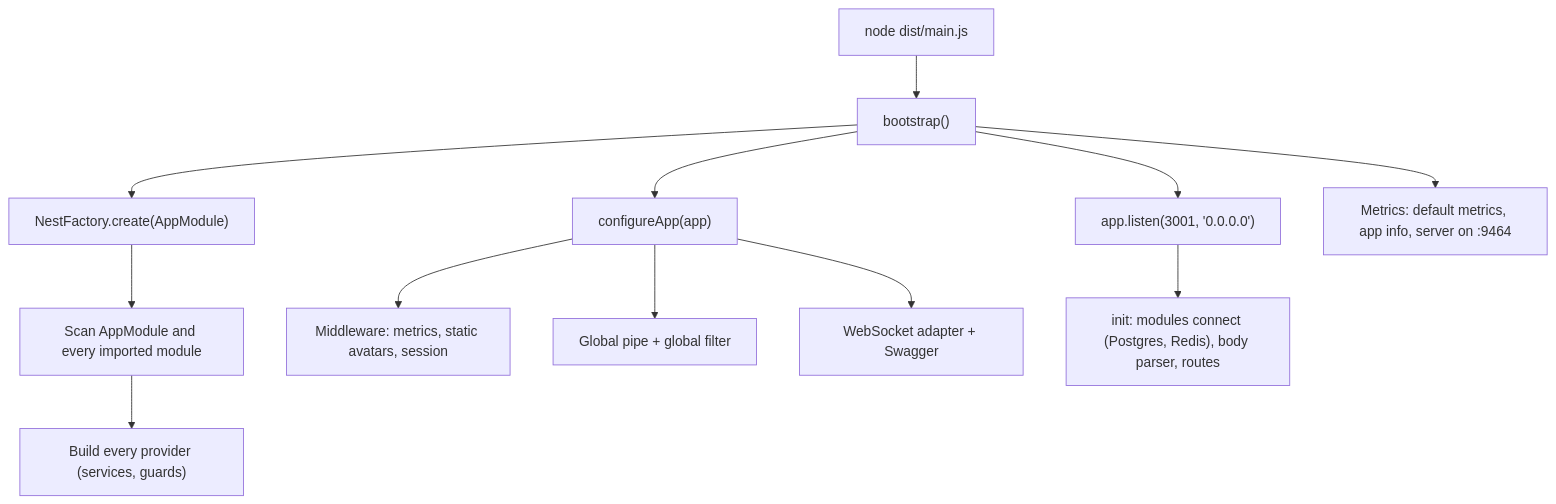
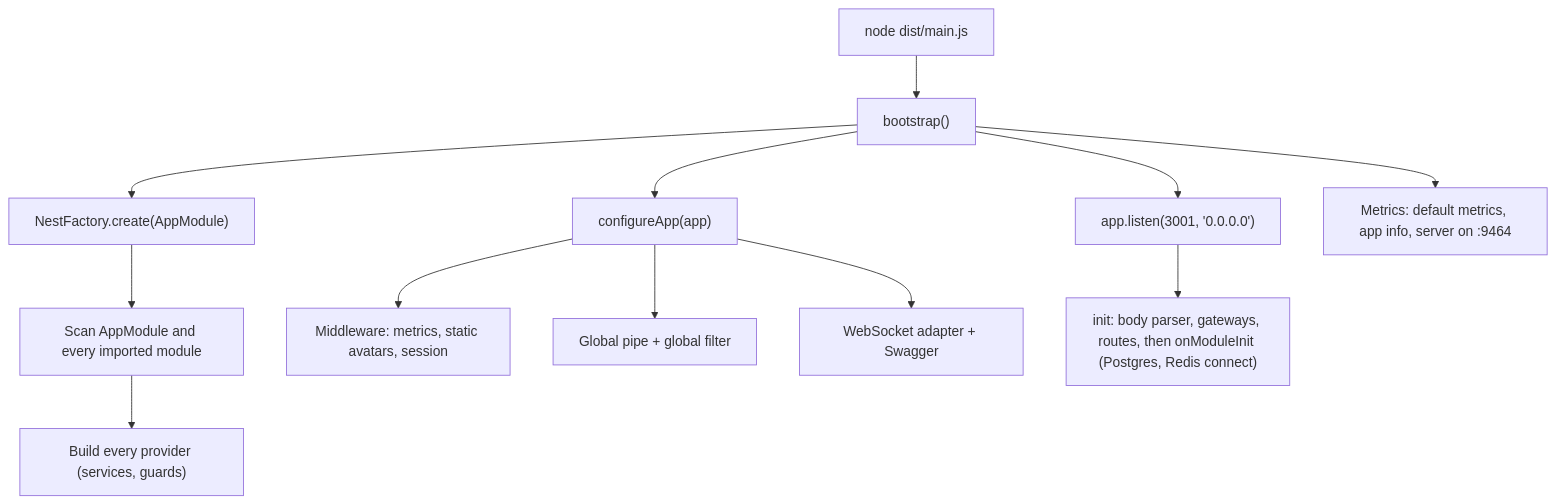
Before and after one commit to VictorBro/ft_transcendence: the first of 7 diagrams in docs/api/02-boot-and-request-flow.md, drawn with Mermaid. The commit also changed other lines of this file and 86 other files, not shown here.

````diff
--- a/docs/api/02-boot-and-request-flow.md
+++ b/docs/api/02-boot-and-request-flow.md
@@ -21,14 +21,14 @@
 ```mermaid
 flowchart TD
     A["node dist/main.js"] --> B["bootstrap()"]
     B --> C["NestFactory.create(AppModule)"]
     C --> C1["Scan AppModule and every imported module"]
     C1 --> C2["Build every provider (services, guards)"]
     B --> D["configureApp(app)"]
     D --> D1["Middleware: metrics, static avatars, session"]
     D --> D2["Global pipe + global filter"]
     D --> D3["WebSocket adapter + Swagger"]
     B --> E["app.listen(3001, '0.0.0.0')"]
-    E --> E1["init: modules connect (Postgres, Redis), body parser, routes"]
+    E --> E1["init: body parser, gateways, routes, then onModuleInit (Postgres, Redis connect)"]
     B --> F["Metrics: default metrics, app info, server on :9464"]
 ```
````
